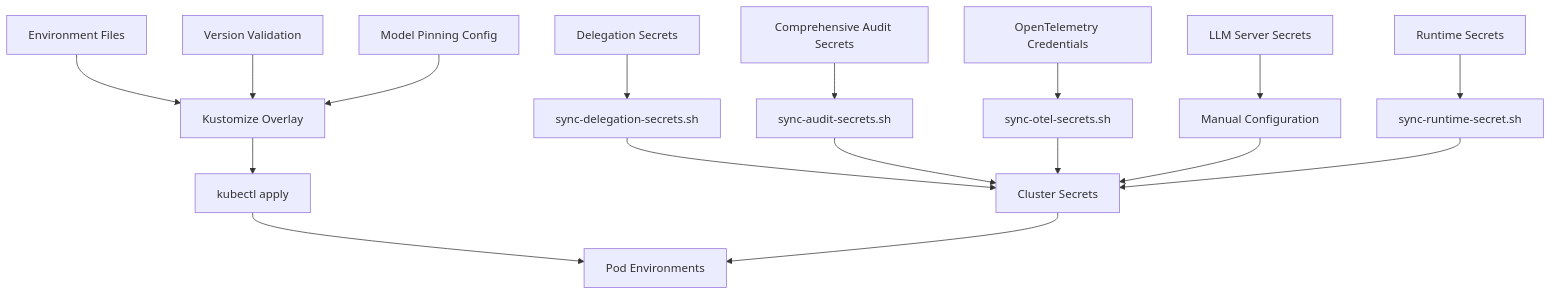
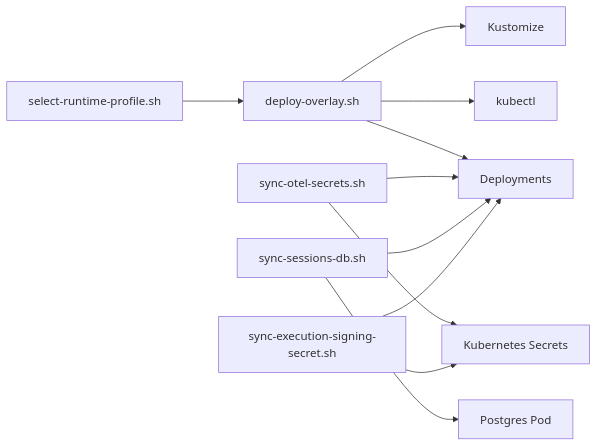
Before and after one commit to metasync/luban-aiops: the fourth of 4 diagrams in .qoder/repowiki/en/content/Deployment and Operations/Deployment and Operations.md, drawn with Mermaid. The commit also changed other lines of this file and 843 other files, not shown here.

````diff
--- a/.qoder/repowiki/en/content/Deployment and Operations/Deployment and Operations.md
+++ b/.qoder/repowiki/en/content/Deployment and Operations/Deployment and Operations.md
@@ -516,19 +226,13 @@
 ```mermaid
-flowchart TD
-EnvFiles["Environment Files"] --> Overlay["Kustomize Overlay"]
-Secrets["Runtime Secrets"] --> SecretSync["sync-runtime-secret.sh"]
-DelegationSecrets["Delegation Secrets"] --> DelegationSync["sync-delegation-secrets.sh"]
-AuditSecrets["Comprehensive Audit Secrets"] --> AuditSync["sync-audit-secrets.sh"]
-OTELSecrets["OpenTelemetry Credentials"] --> OTESync["sync-otel-secrets.sh"]
-LLMSecrets["LLM Server Secrets"] --> LLMSync["Manual Configuration"]
-VersionCheck["Version Validation"] --> Overlay
-ModelPinning["Model Pinning Config"] --> Overlay
-DelegationSync --> K8sSecrets["Cluster Secrets"]
-AuditSync --> K8sSecrets
-OTESync --> K8sSecrets
-LLMSync --> K8sSecrets
-SecretSync --> K8sSecrets
-Overlay --> K8sApply["kubectl apply"]
-K8sApply --> Pods["Pod Environments"]
-K8sSecrets --> Pods
+graph LR
+Overlay["deploy-overlay.sh"] --> Kustomize["Kustomize"]
+Overlay --> Kubectl["kubectl"]
+Overlay --> Deployments["Deployments"]
+Profile["select-runtime-profile.sh"] --> Overlay
+OTelSync["sync-otel-secrets.sh"] --> Secrets["Kubernetes Secrets"]
+OTelSync --> Deployments
+DBSync["sync-sessions-db.sh"] --> Postgres["Postgres Pod"]
+DBSync --> Deployments
+SignSync["sync-execution-signing-secret.sh"] --> Secrets
+SignSync --> Deployments
 ```
````
